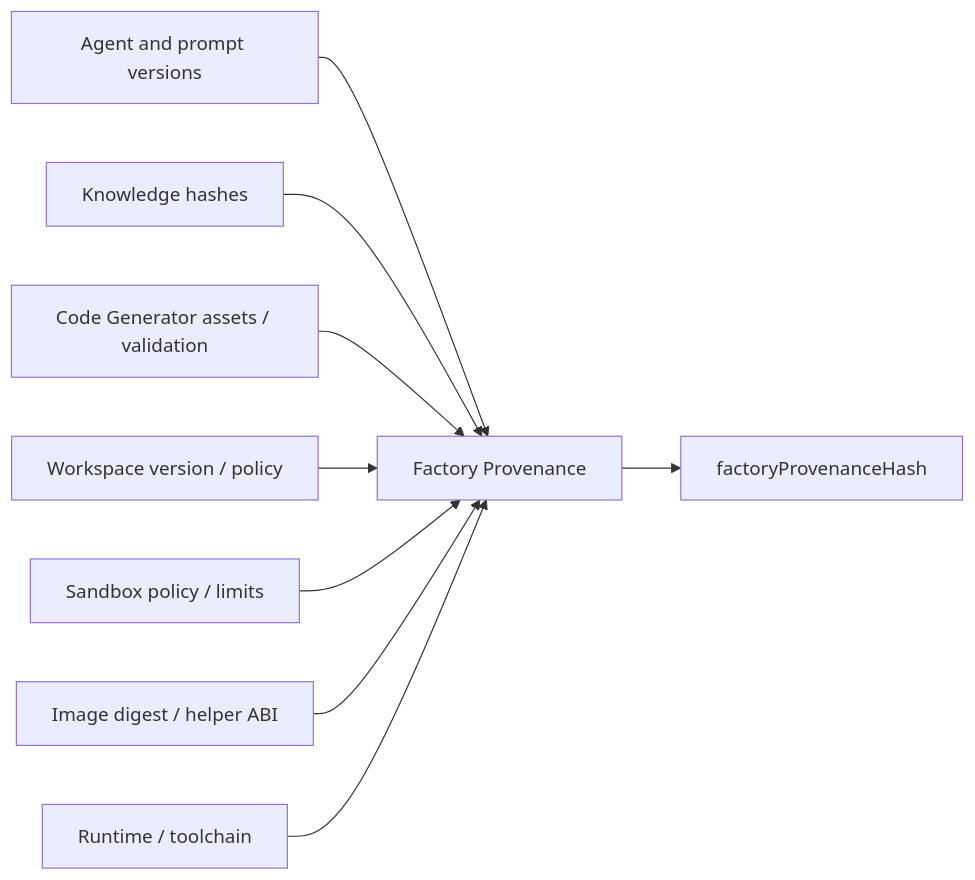
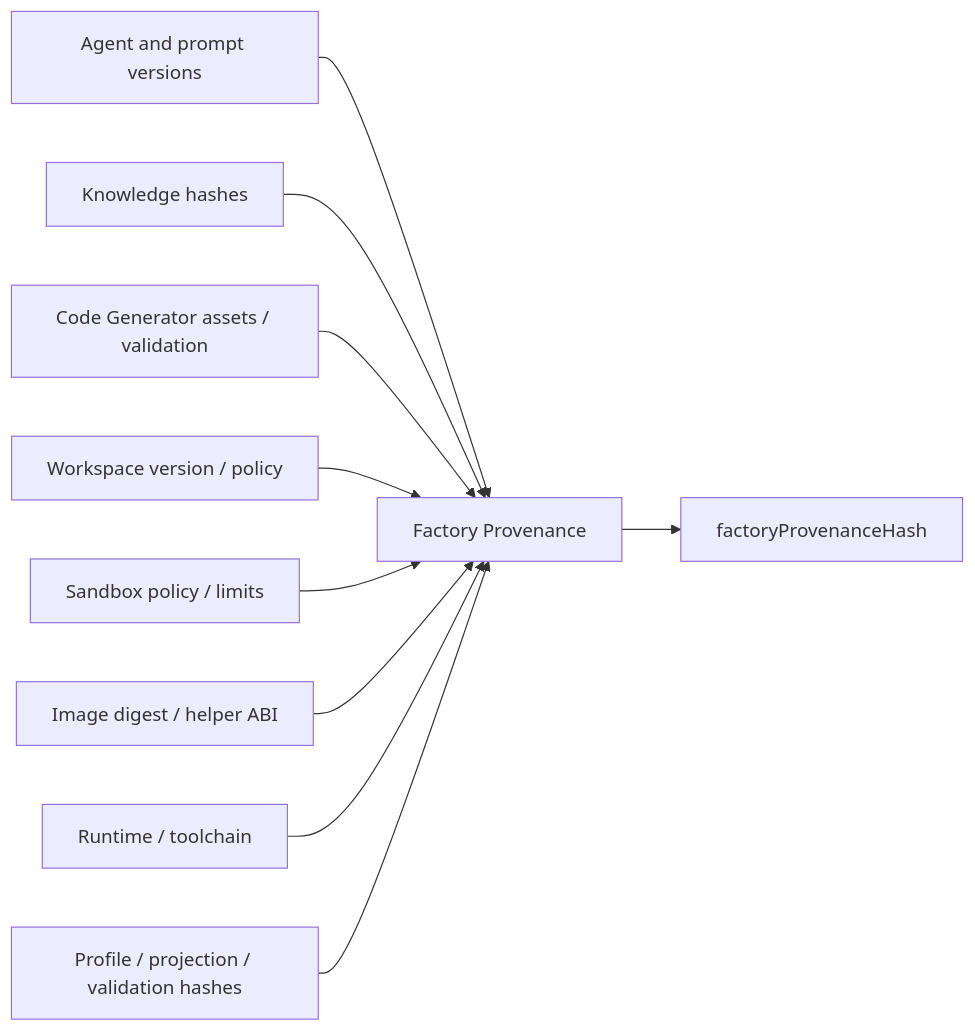
One commit to felipet66/brq-ai-factory changed the seventh of 10 diagrams in knowledge/50-FACTORY_PIPELINE_FLOW.md. Above: the diagram before and after it, drawn with Mermaid. The commit also changed other lines of this file and 158 other files, not shown here.

Commit message:
feat(factory): align agent invariants, profile projection and codegen prompt 1.0.4

````diff
--- a/knowledge/50-FACTORY_PIPELINE_FLOW.md
+++ b/knowledge/50-FACTORY_PIPELINE_FLOW.md
@@ -125,11 +131,12 @@
 ```mermaid
 flowchart LR
     Agents["Agent and prompt versions"] --> Provenance["Factory Provenance"]
     Knowledge["Knowledge hashes"] --> Provenance
     Code["Code Generator assets / validation"] --> Provenance
     Workspace["Workspace version / policy"] --> Provenance
     Policy["Sandbox policy / limits"] --> Provenance
     Image["Image digest / helper ABI"] --> Provenance
     Runtime["Runtime / toolchain"] --> Provenance
+    Profile["Profile / projection / validation hashes"] --> Provenance
     Provenance --> Hash["factoryProvenanceHash"]
 ```
````
